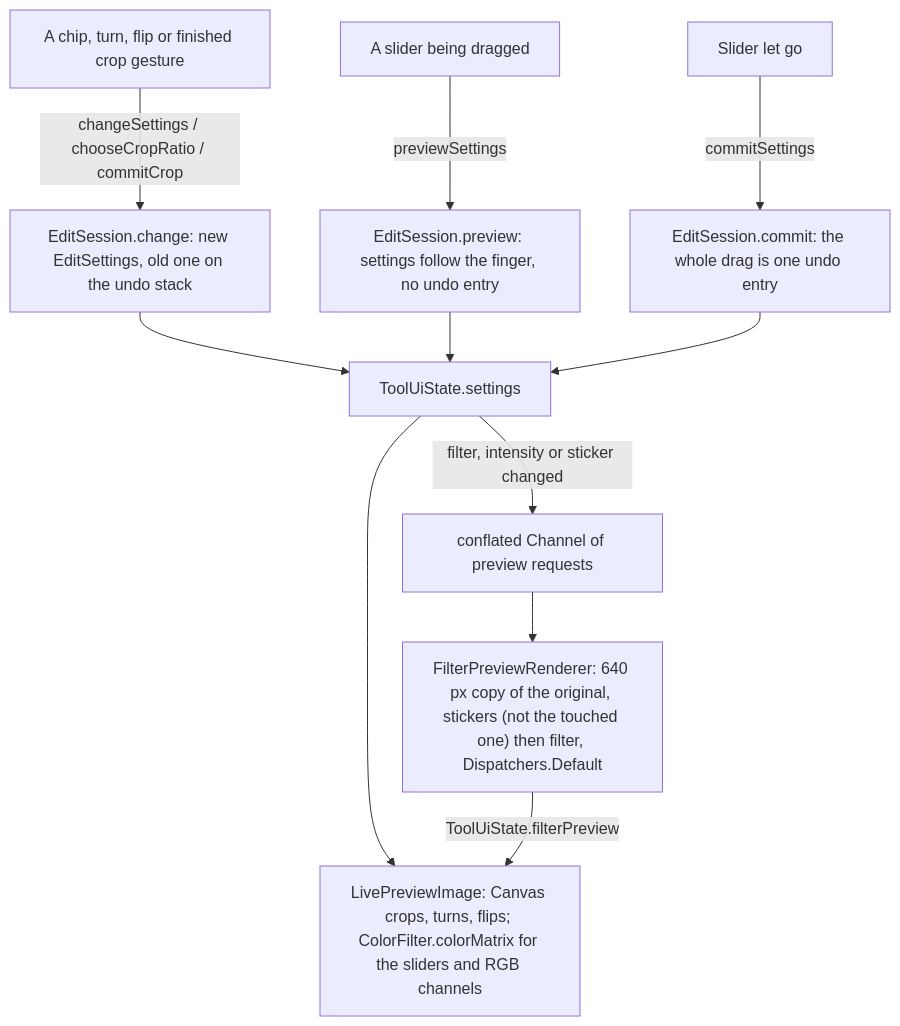
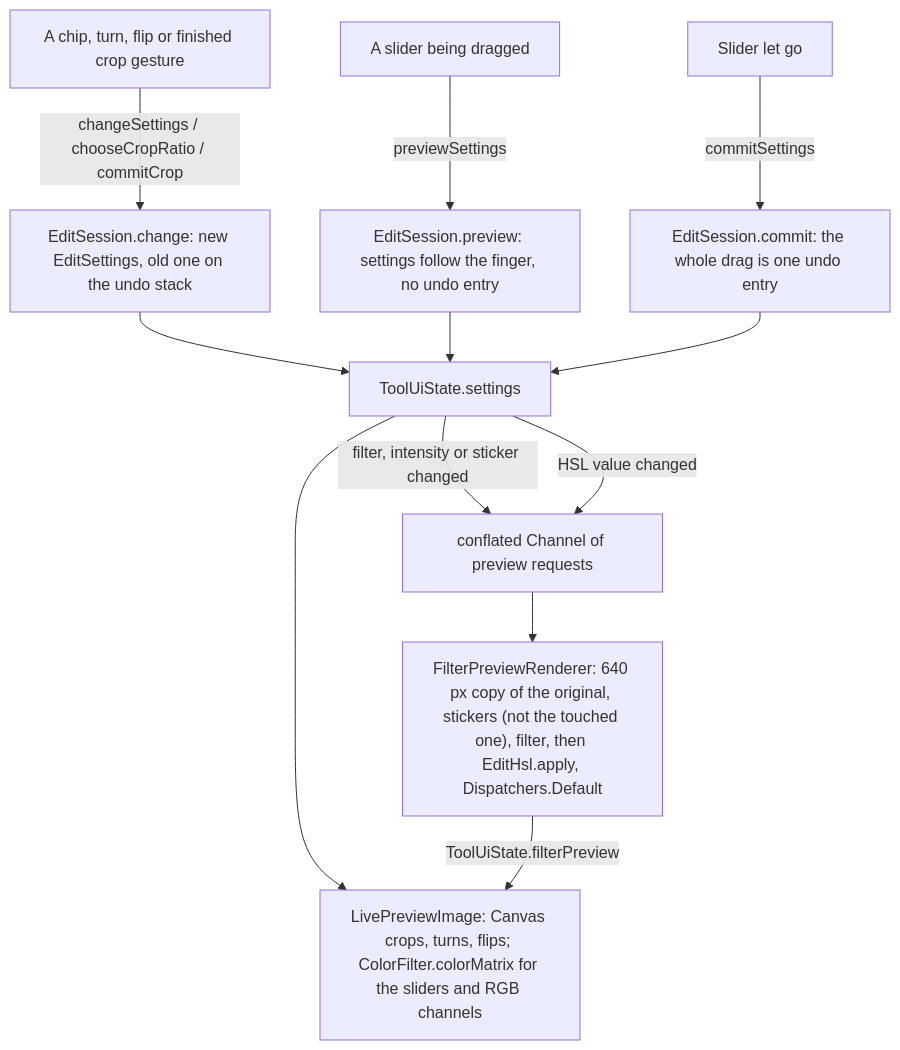
Before and after one commit to Phong-Kaster/Kanso: the first of 4 diagrams in docs/features/edit.md, drawn with Mermaid. The commit also changed other lines of this file and 10 other files, not shown here.

````diff
--- a/docs/features/edit.md
+++ b/docs/features/edit.md
@@ -129,13 +144,14 @@
 ```mermaid
 flowchart TD
     A["A chip, turn, flip or finished crop gesture"] -->|changeSettings / chooseCropRatio / commitCrop| S["EditSession.change: new EditSettings, old one on the undo stack"]
     B["A slider being dragged"] -->|previewSettings| P["EditSession.preview: settings follow the finger, no undo entry"]
     B2["Slider let go"] -->|commitSettings| C["EditSession.commit: the whole drag is one undo entry"]
     S --> U["ToolUiState.settings"]
     P --> U
     C --> U
     U --> L["LivePreviewImage: Canvas crops, turns, flips; ColorFilter.colorMatrix for the sliders and RGB channels"]
     U -->|filter, intensity or sticker changed| Q["conflated Channel of preview requests"]
-    Q --> R["FilterPreviewRenderer: 640 px copy of the original, stickers (not the touched one) then filter, Dispatchers.Default"]
+    U -->|HSL value changed| Q
+    Q --> R["FilterPreviewRenderer: 640 px copy of the original, stickers (not the touched one), filter, then EditHsl.apply, Dispatchers.Default"]
     R -->|ToolUiState.filterPreview| L
 ```
````
